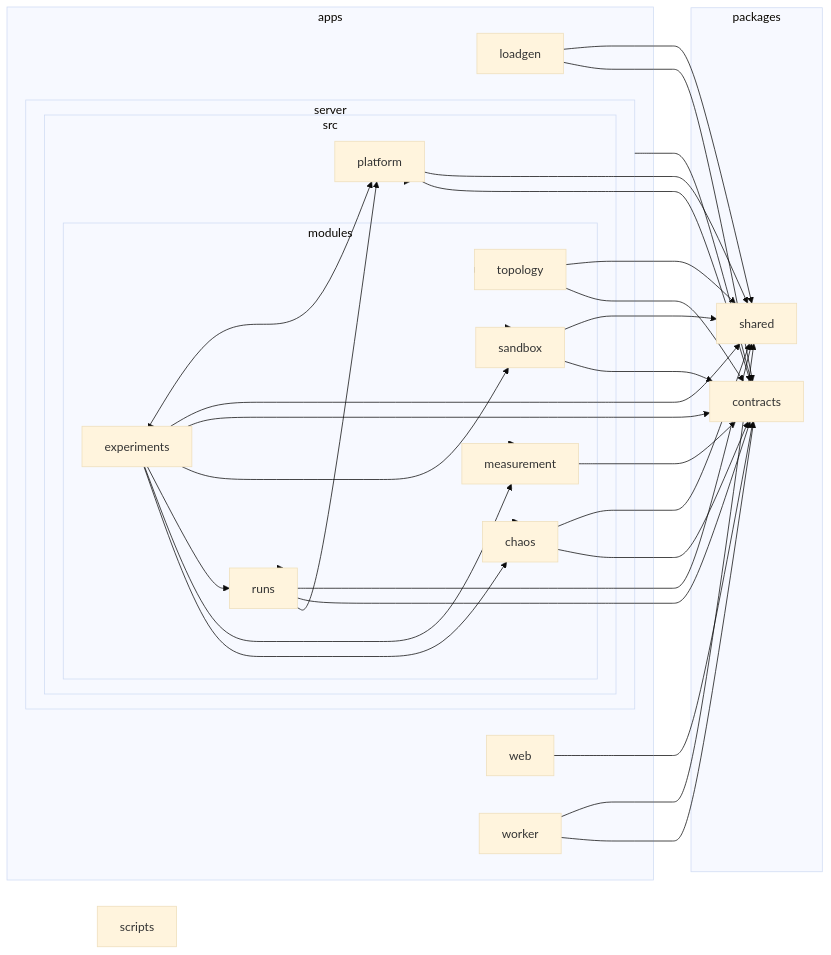
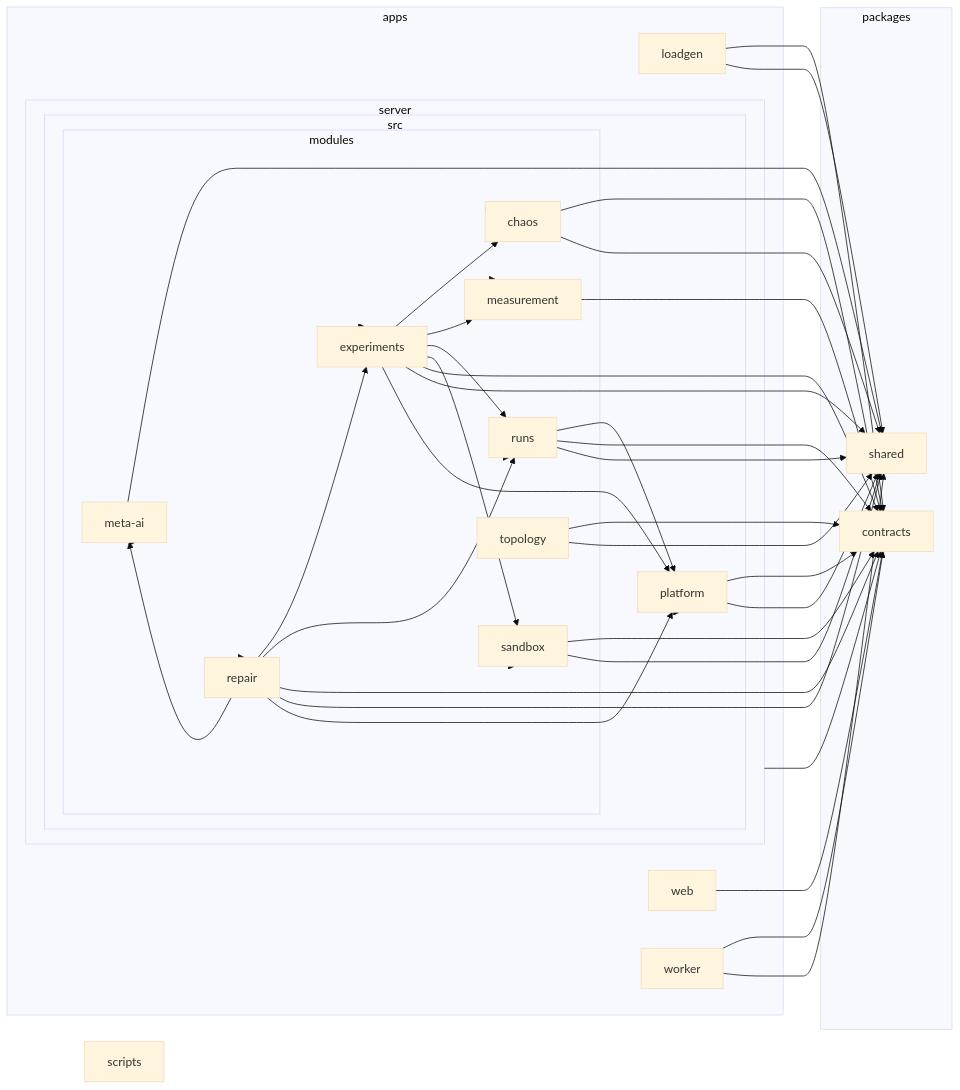
The diagram in docs/architecture.md (Jagdish-Padhi/EchmaMeet), drawn with Mermaid (base theme) before and after one commit. The commit also changed 1 other file, not shown here.

Commit message:
docs: record phase 5 decisions and update architecture graph

````diff
--- a/docs/architecture.md
+++ b/docs/architecture.md
@@ -58,59 +58,70 @@
 ```mermaid
 flowchart LR
 
 subgraph 0["apps"]
 1["loadgen"]
 subgraph 2["server"]
 subgraph 3["src"]
 subgraph 4["modules"]
 5["chaos"]
 6["experiments"]
 7["measurement"]
-8["runs"]
-9["sandbox"]
-A["topology"]
+8["meta-ai"]
+9["repair"]
+A["runs"]
+B["sandbox"]
+C["topology"]
 end
-B["platform"]
+D["platform"]
 end
 end
-C["web"]
-D["worker"]
+E["web"]
+F["worker"]
 end
-subgraph E["packages"]
-F["contracts"]
-G["shared"]
+subgraph G["packages"]
+H["contracts"]
+I["shared"]
 end
-H["scripts"]
-1-->F
-1-->G
+J["scripts"]
+1-->H
+1-->I
 2-->5
 2-->6
 2-->7
 2-->8
+2-->9
 2-->A
+2-->C
+2-->D
 2-->B
-2-->9
-2-->F
-5-->F
-5-->G
+2-->H
+5-->H
+5-->I
 6-->5
 6-->7
-6-->8
-6-->9
-6-->F
-6-->G
+6-->A
 6-->B
-7-->F
-8-->B
-8-->F
-8-->G
-9-->F
-9-->G
-A-->F
-A-->G
-B-->F
-B-->G
-C-->F
-D-->F
-D-->G
+6-->H
+6-->I
+6-->D
+7-->H
+8-->I
+9-->6
+9-->8
+9-->A
+9-->H
+9-->I
+9-->D
+A-->D
+A-->H
+A-->I
+B-->H
+B-->I
+C-->H
+C-->I
+D-->H
+D-->I
+E-->H
+F-->H
+F-->I
 ```
````
